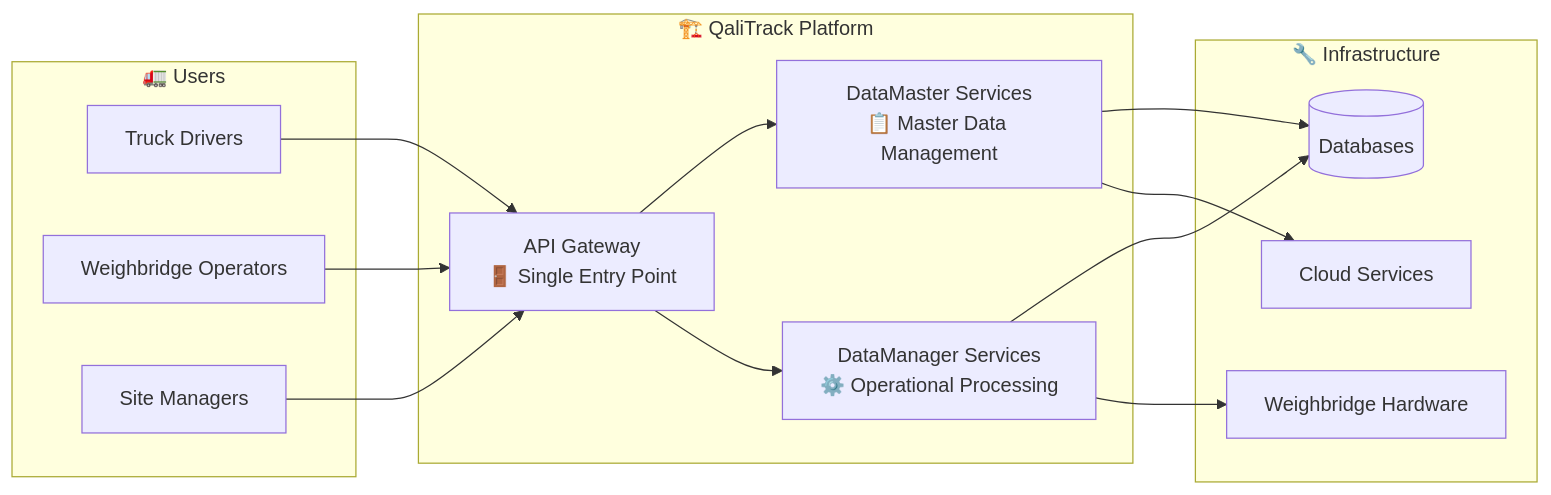
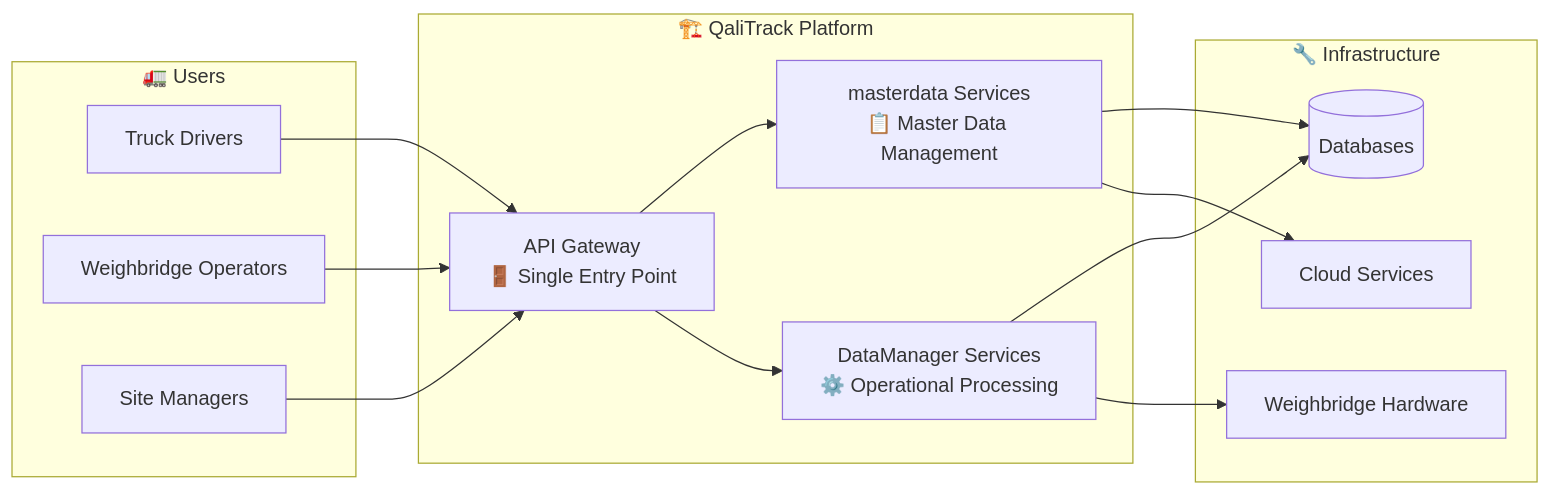
Before and after one commit to Qalitrack/qalitrackservices: the first of 3 diagrams in docs/c4/06-onboarding-guide.md, drawn with Mermaid. The commit also changed other lines of this file and 5 other files, not shown here.

First line of the commit message:
docs(c4): update DataMaster references to masterdata for consistency

````diff
--- a/docs/c4/06-onboarding-guide.md
+++ b/docs/c4/06-onboarding-guide.md
@@ -14,32 +14,32 @@
 ```mermaid
 flowchart LR
     subgraph "🚛 Users"
         Drivers[Truck Drivers]
         Operators[Weighbridge Operators]
         Managers[Site Managers]
     end
     
     subgraph "🏗️ QaliTrack Platform"
-        DataMaster[DataMaster Services<br/>📋 Master Data Management]
+        masterdata[masterdata Services<br/>📋 Master Data Management]
         DataManager[DataManager Services<br/>⚙️ Operational Processing]
         Gateway[API Gateway<br/>🚪 Single Entry Point]
     end
     
     subgraph "🔧 Infrastructure"
         Databases[(Databases)]
         Hardware[Weighbridge Hardware]
         Cloud[Cloud Services]
     end
 
     Drivers --> Gateway
     Operators --> Gateway
     Managers --> Gateway
     
-    Gateway --> DataMaster
+    Gateway --> masterdata
     Gateway --> DataManager
     
-    DataMaster --> Databases
+    masterdata --> Databases
     DataManager --> Databases
     DataManager --> Hardware
-    DataMaster --> Cloud
+    masterdata --> Cloud
 ```
````
